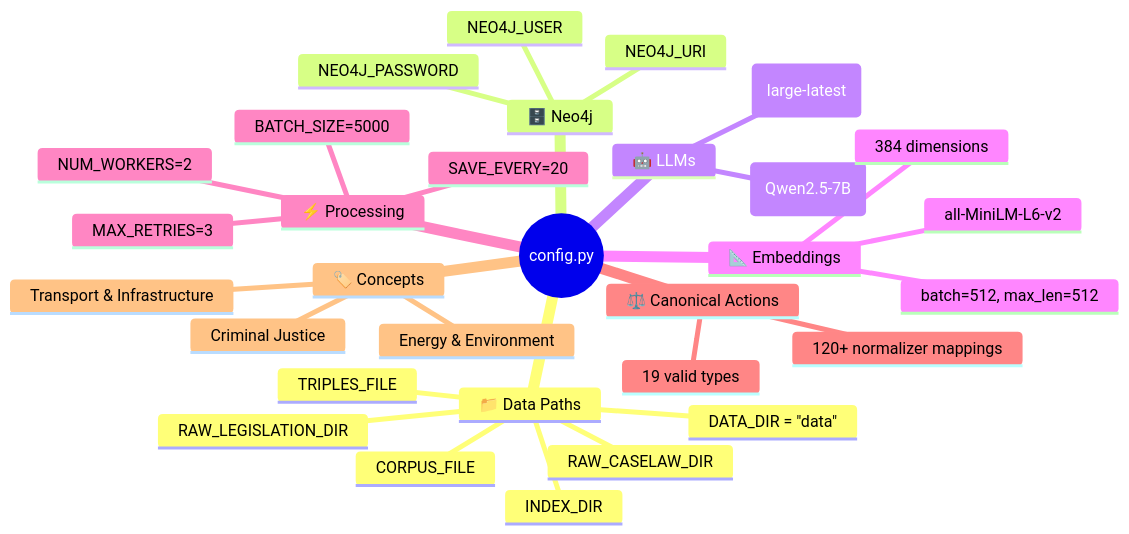
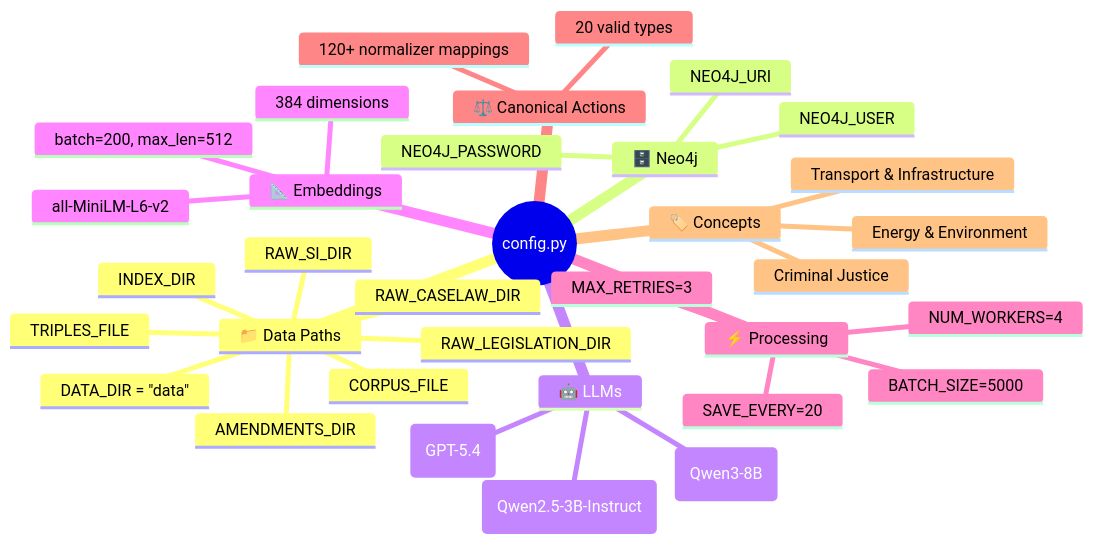
The third of 3 diagrams in documentation/01_pipeline_overview.md (suriya7913/PROJECT_app_ml), drawn with Mermaid before and after one commit. The commit also changed other lines of this file and 29 other files, not shown here.

Commit message:
Refactor pipeline to use multi-agent GraphRAG and update documentation

````diff
--- a/documentation/01_pipeline_overview.md
+++ b/documentation/01_pipeline_overview.md
@@ -123,34 +144,37 @@
 ```mermaid
 mindmap
   root((config.py))
     📁 Data Paths
       DATA_DIR = "data"
       RAW_LEGISLATION_DIR
       RAW_CASELAW_DIR
+      RAW_SI_DIR
+      AMENDMENTS_DIR
       CORPUS_FILE
       TRIPLES_FILE
       INDEX_DIR
     🗄️ Neo4j
       NEO4J_URI
       NEO4J_USER
       NEO4J_PASSWORD
     🤖 LLMs
-      vLLM (Qwen2.5-7B)
-      Mistral (large-latest)
+      vLLM (Qwen3-8B)
+      Glossary (Qwen2.5-3B-Instruct)
+      Lightning AI (GPT-5.4)
     📐 Embeddings
       all-MiniLM-L6-v2
       384 dimensions
-      batch=512, max_len=512
+      batch=200, max_len=512
     ⚡ Processing
-      NUM_WORKERS=2
+      NUM_WORKERS=4
       BATCH_SIZE=5000
       SAVE_EVERY=20
       MAX_RETRIES=3
     ⚖️ Canonical Actions
-      19 valid types
+      20 valid types
       120+ normalizer mappings
     🏷️ Concepts
       Transport & Infrastructure
       Criminal Justice
       Energy & Environment
 ```
````
